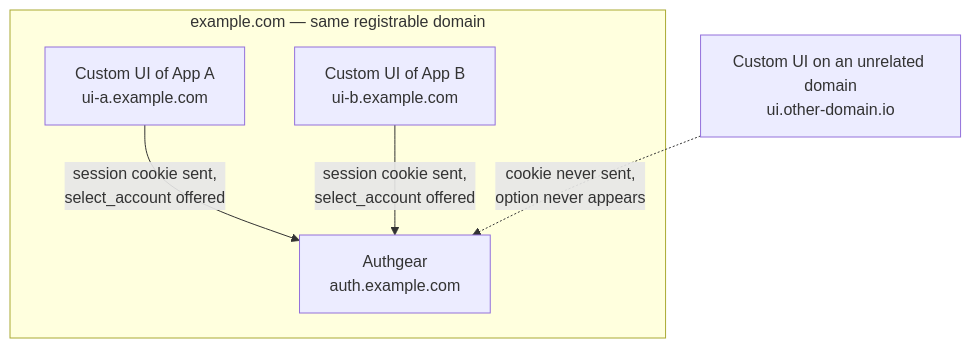
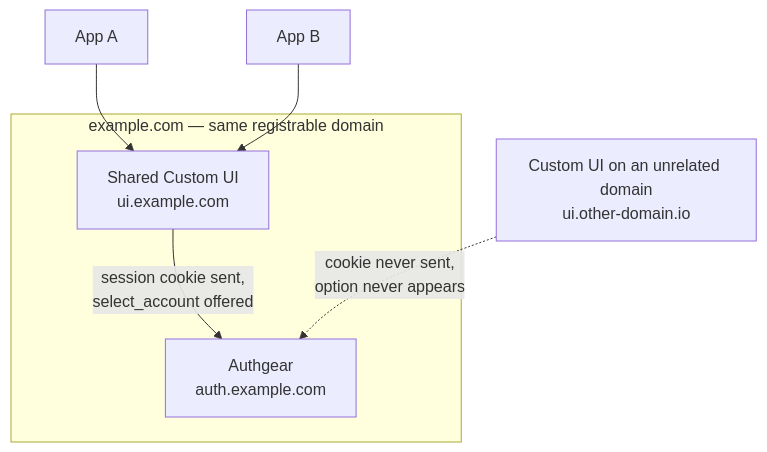
Before and after one commit to authgear/docs: the first of 2 diagrams in customization/ui-customization/custom-ui/single-sign-on-continuation-with-custom-ui.md, drawn with Mermaid. The commit also changed other lines of this file, not shown here.

Commit message:
Reflect the common shared-Custom-UI topology in the SSO use case and diagram
Most projects serve all apps from one Custom UI, so showing a separate
ui-a/ui-b per app was misleading. App A and App B now route through a
single shared Custom UI inside the same-site boundary.

````diff
--- a/customization/ui-customization/custom-ui/single-sign-on-continuation-with-custom-ui.md
+++ b/customization/ui-customization/custom-ui/single-sign-on-continuation-with-custom-ui.md
@@ -27,13 +27,13 @@
 ```mermaid
 flowchart TD
+    appa["App A"] --> ui
+    appb["App B"] --> ui
     subgraph samesite ["example.com — same registrable domain"]
+        ui["Shared Custom UI<br/>ui.example.com"]
         authgear["Authgear<br/>auth.example.com"]
-        uia["Custom UI of App A<br/>ui-a.example.com"]
-        uib["Custom UI of App B<br/>ui-b.example.com"]
     end
     other["Custom UI on an unrelated domain<br/>ui.other-domain.io"]
 
-    uia -- "session cookie sent,<br/>select_account offered" --> authgear
-    uib -- "session cookie sent,<br/>select_account offered" --> authgear
+    ui -- "session cookie sent,<br/>select_account offered" --> authgear
     other -. "cookie never sent,<br/>option never appears" .-> authgear
 ```
````
